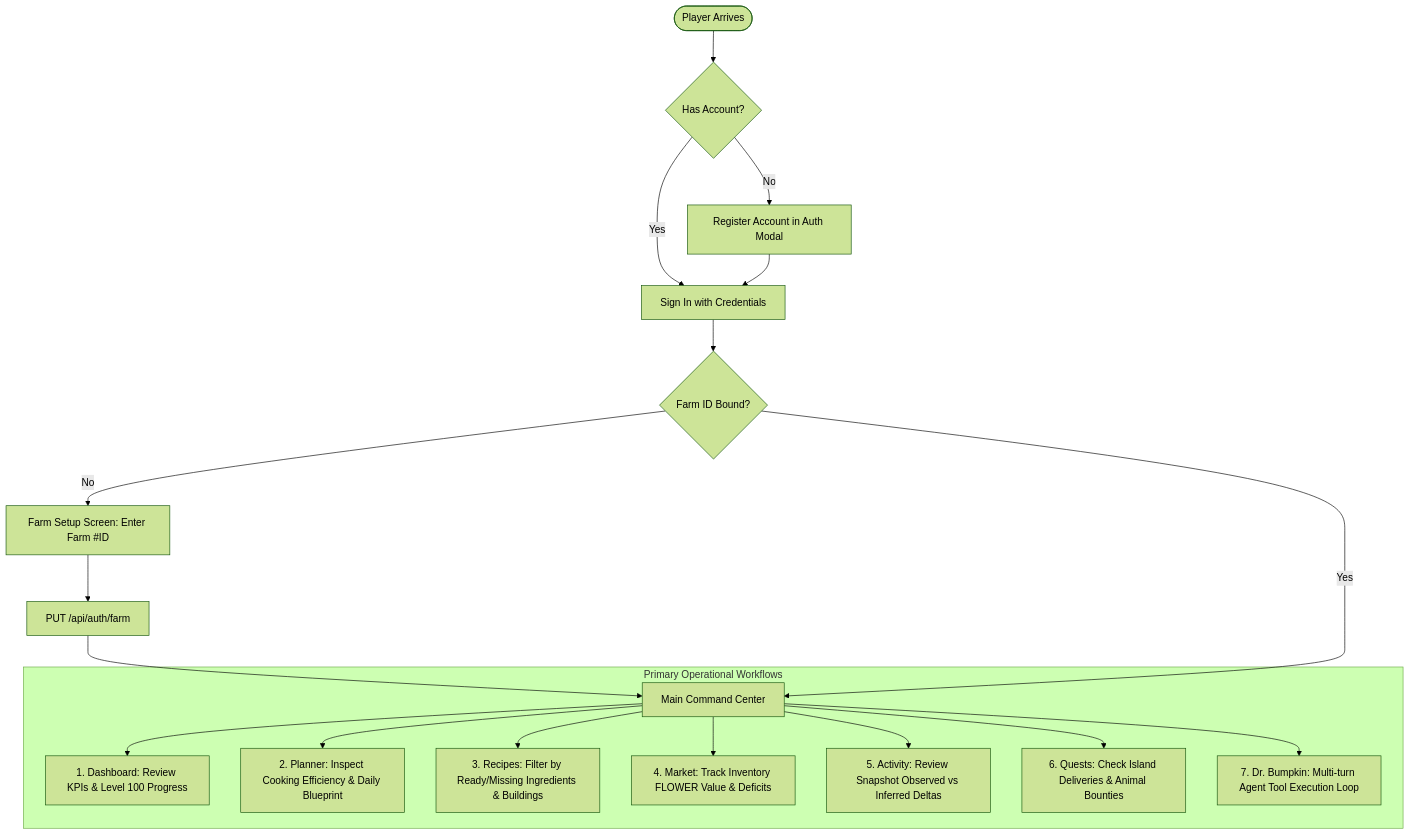
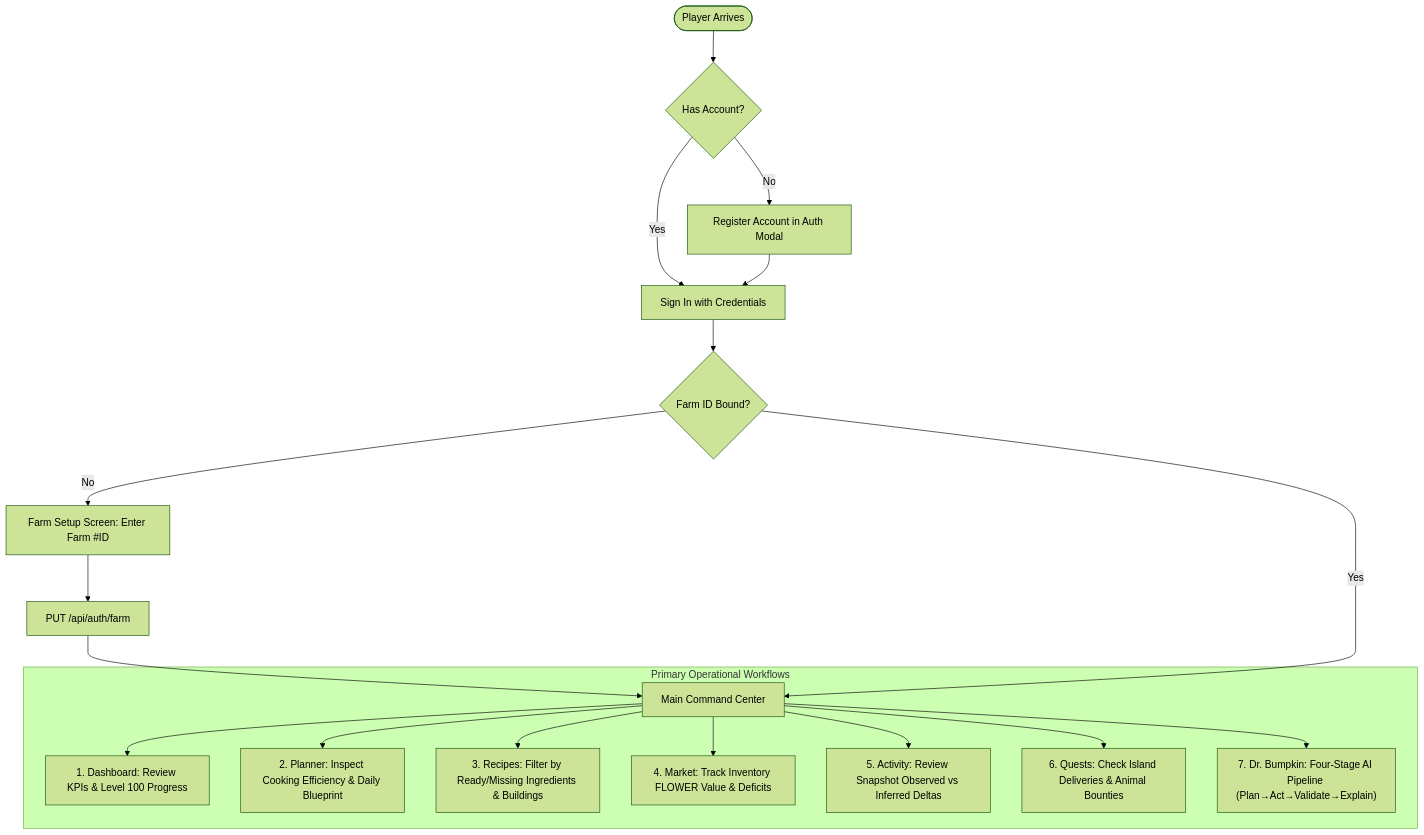
Before and after one commit to subhradip-me/eldric-sfl-ai-companion: the diagram in docs/04_USER_FLOW.md, drawn with Mermaid (forest theme). The commit also changed other lines of this file and 34 other files, not shown here.

````diff
--- a/docs/04_USER_FLOW.md
+++ b/docs/04_USER_FLOW.md
@@ -5,24 +5,24 @@
 ```mermaid
 graph TD
     Start([Player Arrives]) --> HasAccount{Has Account?}
     HasAccount -- No --> Register[Register Account in Auth Modal]
     HasAccount -- Yes --> Login[Sign In with Credentials]
     Register --> Login
     Login --> HasFarm{Farm ID Bound?}
     
     HasFarm -- No --> FarmSetup[Farm Setup Screen: Enter Farm #ID]
     FarmSetup --> BindFarm[PUT /api/auth/farm]
     BindFarm --> MainApp
     
     HasFarm -- Yes --> MainApp[Main Command Center]
 
     subgraph Operations["Primary Operational Workflows"]
         MainApp --> Dashboard["1. Dashboard: Review KPIs & Level 100 Progress"]
         MainApp --> Planner["2. Planner: Inspect Cooking Efficiency & Daily Blueprint"]
         MainApp --> Recipes["3. Recipes: Filter by Ready/Missing Ingredients & Buildings"]
         MainApp --> Market["4. Market: Track Inventory FLOWER Value & Deficits"]
         MainApp --> Activity["5. Activity: Review Snapshot Observed vs Inferred Deltas"]
         MainApp --> Quests["6. Quests: Check Island Deliveries & Animal Bounties"]
-        MainApp --> Copilot["7. Dr. Bumpkin: Multi-turn Agent Tool Execution Loop"]
+        MainApp --> Copilot["7. Dr. Bumpkin: Four-Stage AI Pipeline (Plan→Act→Validate→Explain)"]
     end
 ```
````
